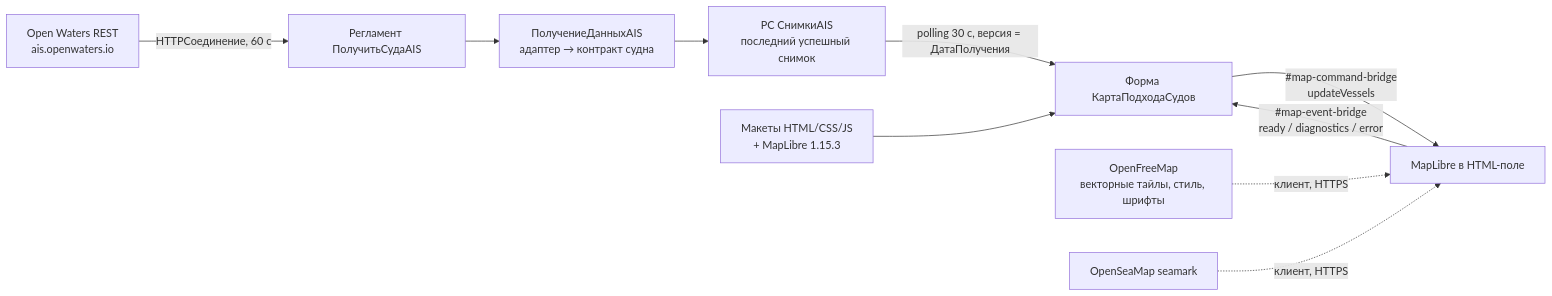
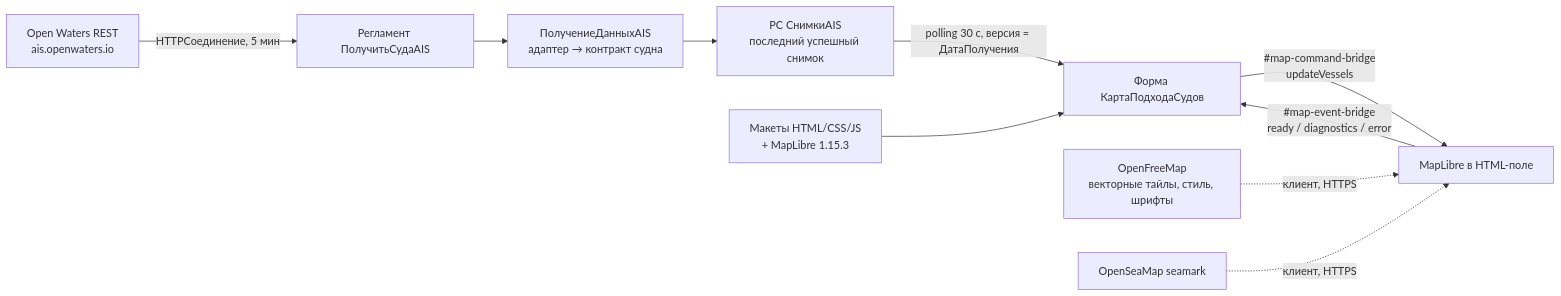
The diagram in .cursor/plans/этап_1_карта_подхода_судов.plan.md (vovainfo/harbor), drawn with Mermaid before and after one commit. The commit also changed other lines of this file and 4 other files, not shown here.

First line of the commit message:
План этапа 2 (локальный кеш карты V2), опрос Open Waters раз в 5 минут

````diff
--- a/.cursor/plans/этап_1_карта_подхода_судов.plan.md
+++ b/.cursor/plans/этап_1_карта_подхода_судов.plan.md
@@ -163,12 +163,12 @@
 ```mermaid
 flowchart LR
-    OW["Open Waters REST<br/>ais.openwaters.io"] -->|"HTTPСоединение, 60 с"| Job["Регламент ПолучитьСудаAIS"]
+    OW["Open Waters REST<br/>ais.openwaters.io"] -->|"HTTPСоединение, 5 мин"| Job["Регламент ПолучитьСудаAIS"]
     Job --> Adapter["ПолучениеДанныхAIS<br/>адаптер → контракт судна"]
     Adapter --> Reg["РС СнимкиAIS<br/>последний успешный снимок"]
     Reg -->|"polling 30 с, версия = ДатаПолучения"| Form["Форма КартаПодходаСудов"]
     Templates["Макеты HTML/CSS/JS<br/>+ MapLibre 1.15.3"] --> Form
     Form -->|"#map-command-bridge<br/>updateVessels"| Viewer["MapLibre в HTML-поле"]
     Viewer -->|"#map-event-bridge<br/>ready / diagnostics / error"| Form
     OFM["OpenFreeMap<br/>векторные тайлы, стиль, шрифты"] -.->|"клиент, HTTPS"| Viewer
     OSM2["OpenSeaMap seamark"] -.->|"клиент, HTTPS"| Viewer
 ```
````
